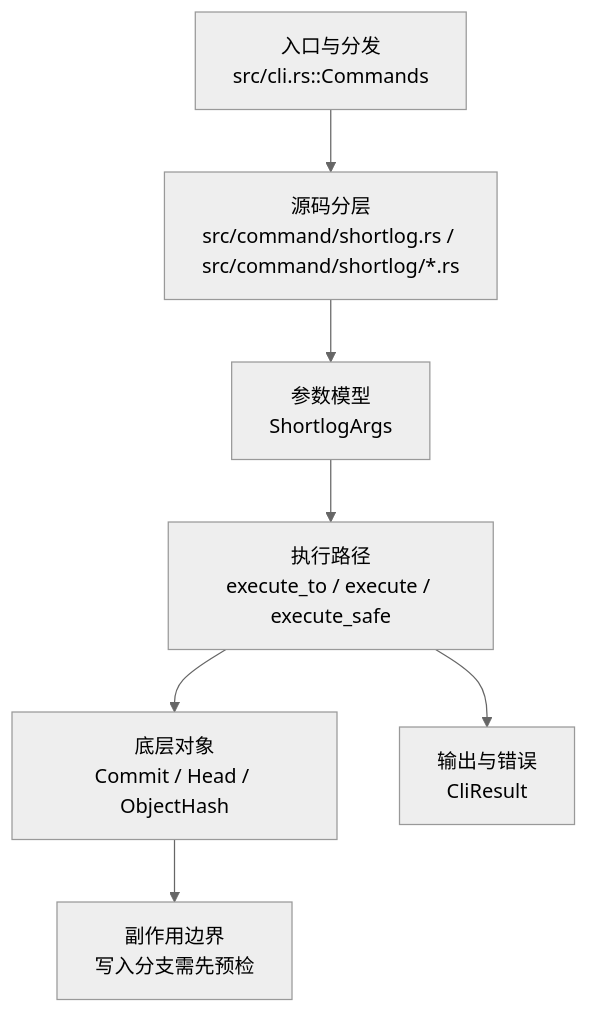
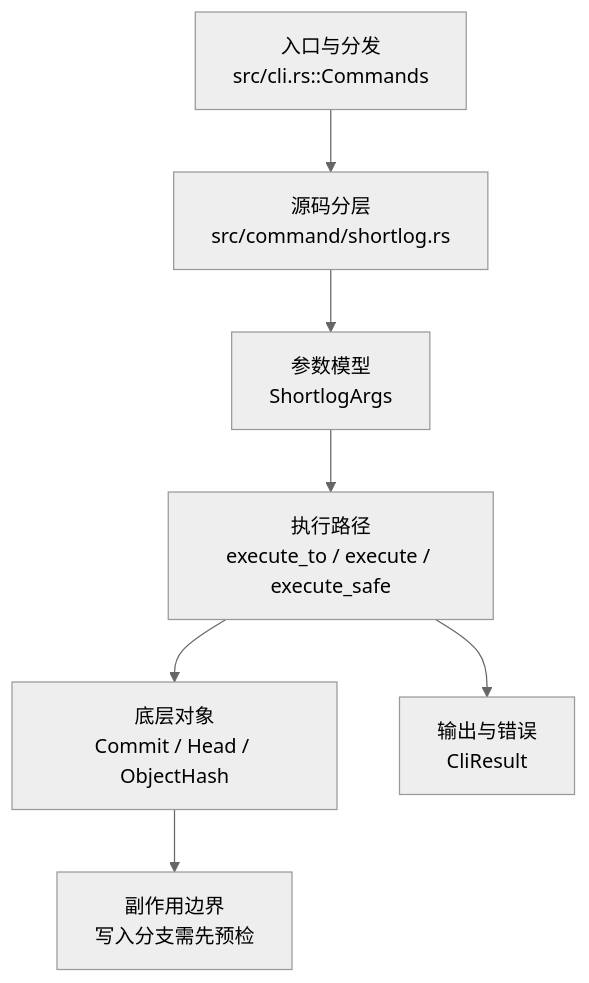
One commit to web3infra-foundation/libra changed the diagram in docs/development/commands/shortlog.md. Above: the diagram before and after it, drawn with Mermaid (neutral theme). The commit also changed other lines of this file and 65 other files, not shown here.

First line of the commit message:
docs(commands): reconcile development command docs with current code

````diff
--- a/docs/development/commands/shortlog.md
+++ b/docs/development/commands/shortlog.md
@@ -22,9 +22,9 @@
 ```mermaid
 flowchart TD
-    A["入口与分发<br/>src/cli.rs::Commands"] --> B["源码分层<br/>src/command/shortlog.rs / src/command/shortlog/*.rs"]
+    A["入口与分发<br/>src/cli.rs::Commands"] --> B["源码分层<br/>src/command/shortlog.rs"]
     B --> C["参数模型<br/>ShortlogArgs"]
     C --> D["执行路径<br/>execute_to / execute / execute_safe"]
     D --> E["底层对象<br/>Commit / Head / ObjectHash"]
     D --> F["输出与错误<br/>CliResult"]
     E --> G["副作用边界<br/>写入分支需先预检"]
 ```
````
